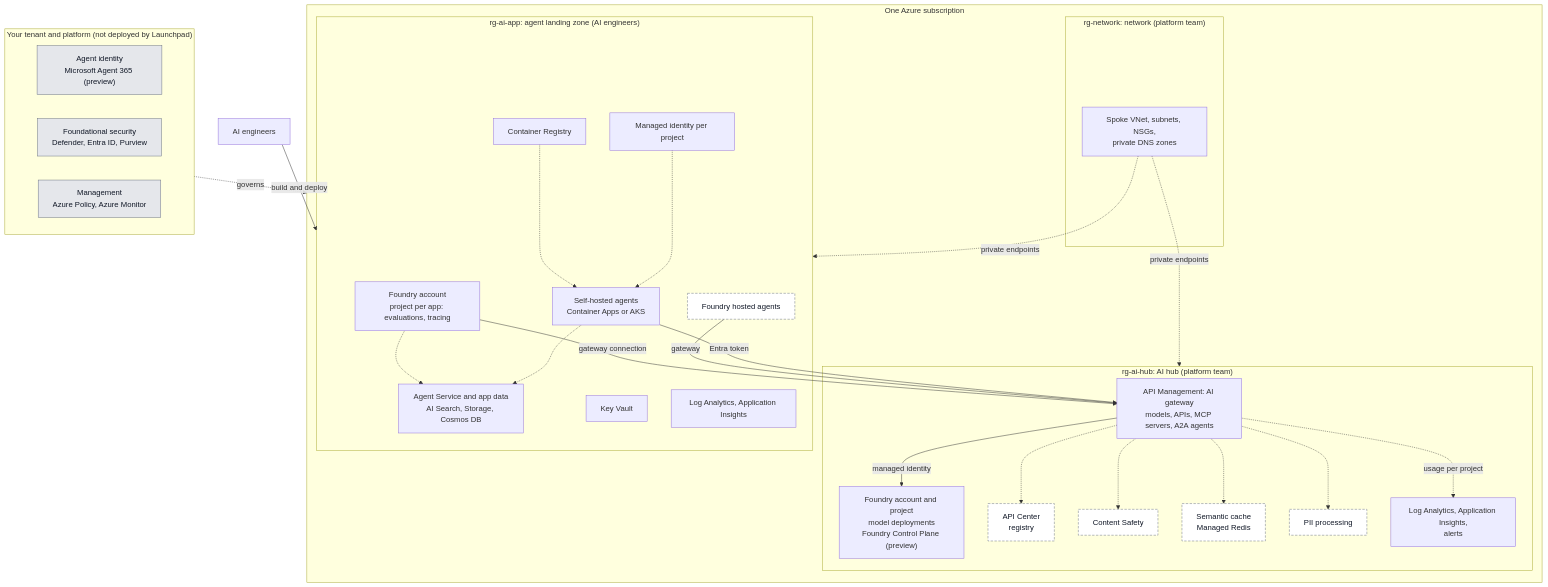
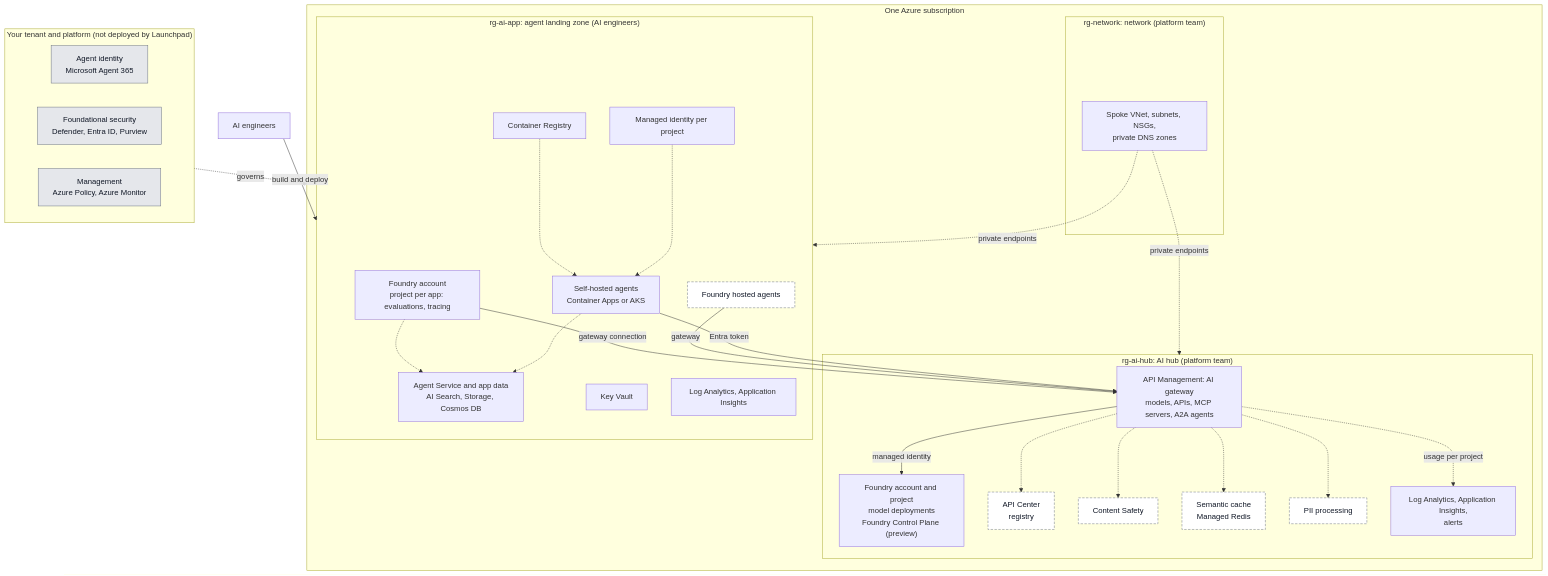
The diagram in README.md (hamza-roujdami/foundry-launchpad), drawn with Mermaid before and after one commit. The commit also changed other lines of this file and 1 other file, not shown here.

First line of the commit message:
Add editable architecture canvas and refine the reference architecture

````diff
--- a/README.md
+++ b/README.md
@@ -33,60 +33,60 @@
 ```mermaid
 flowchart TB
     eng["AI engineers"]
 
     subgraph sub["One Azure subscription"]
         subgraph net["rg-network: network (platform team)"]
             vnet["Spoke VNet, subnets, NSGs,<br/>private DNS zones"]
         end
 
         subgraph hub["rg-ai-hub: AI hub (platform team)"]
             apim["API Management: AI gateway<br/>models, APIs, MCP servers, A2A agents"]
             fnd["Foundry account and project<br/>model deployments<br/>Foundry Control Plane (preview)"]
             reg["API Center<br/>registry"]
             safety["Content Safety"]
             cache["Semantic cache<br/>Managed Redis"]
             pii["PII processing"]
             mon["Log Analytics, Application Insights,<br/>alerts"]
         end
 
         subgraph app["rg-ai-app: agent landing zone (AI engineers)"]
             afnd["Foundry account<br/>project per app: evaluations, tracing"]
             hosted["Foundry hosted agents"]
             selfh["Self-hosted agents<br/>Container Apps or AKS"]
             adata["Agent Service and app data<br/>AI Search, Storage, Cosmos DB"]
             acr["Container Registry"]
             mi["Managed identity per project"]
             kv["Key Vault"]
             amon["Log Analytics, Application Insights"]
         end
     end
 
     subgraph tenant["Your tenant and platform (not deployed by Launchpad)"]
-        idl["Agent identity<br/>Microsoft Agent 365 (preview)"]
+        idl["Agent identity<br/>Microsoft Agent 365"]
         sec["Foundational security<br/>Defender, Entra ID, Purview"]
         mgmt["Management<br/>Azure Policy, Azure Monitor"]
     end
 
     eng -->|"build and deploy"| app
     selfh -->|"Entra token"| apim
     hosted -->|"gateway"| apim
     afnd -->|"gateway connection"| apim
     apim -->|"managed identity"| fnd
     apim -.-> reg
     apim -.-> safety
     apim -.-> cache
     apim -.-> pii
     apim -.->|"usage per project"| mon
     mi -.-> selfh
     acr -.-> selfh
     selfh -.-> adata
     afnd -.-> adata
     vnet -.->|"private endpoints"| hub
     vnet -.->|"private endpoints"| app
     tenant -.->|"governs"| sub
 
     classDef optional fill:#ffffff,stroke:#6b7280,stroke-dasharray:5 3,color:#111827
     classDef platform fill:#e5e7eb,stroke:#6b7280,color:#111827
     class reg,safety,cache,pii,hosted optional
     class idl,sec,mgmt platform
 ```
````
